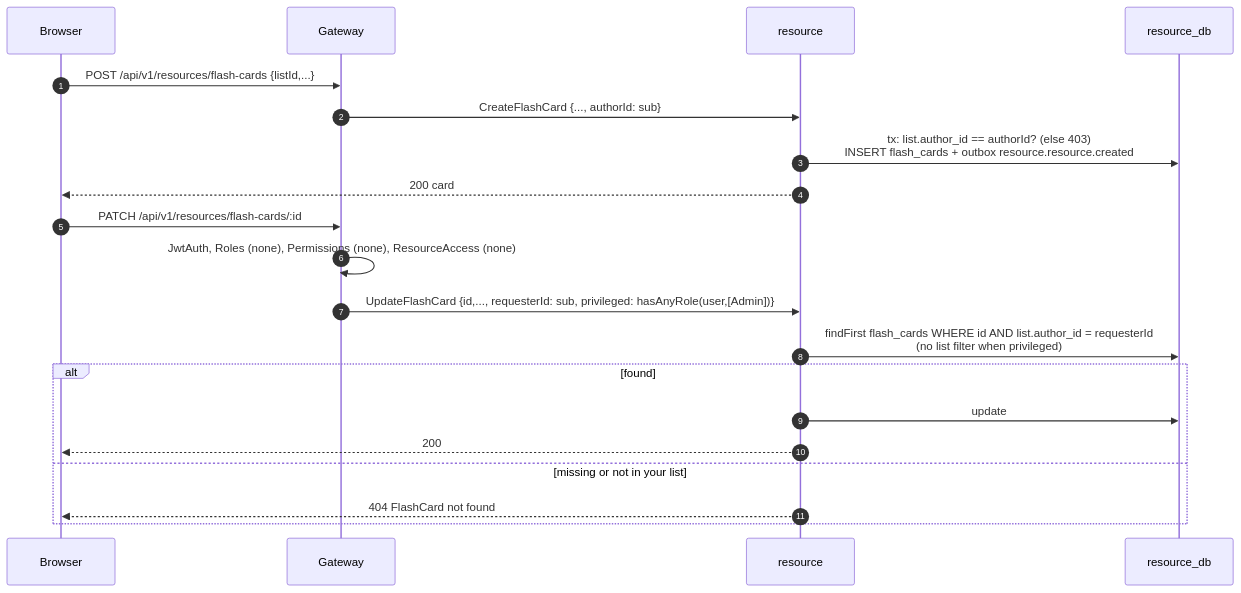
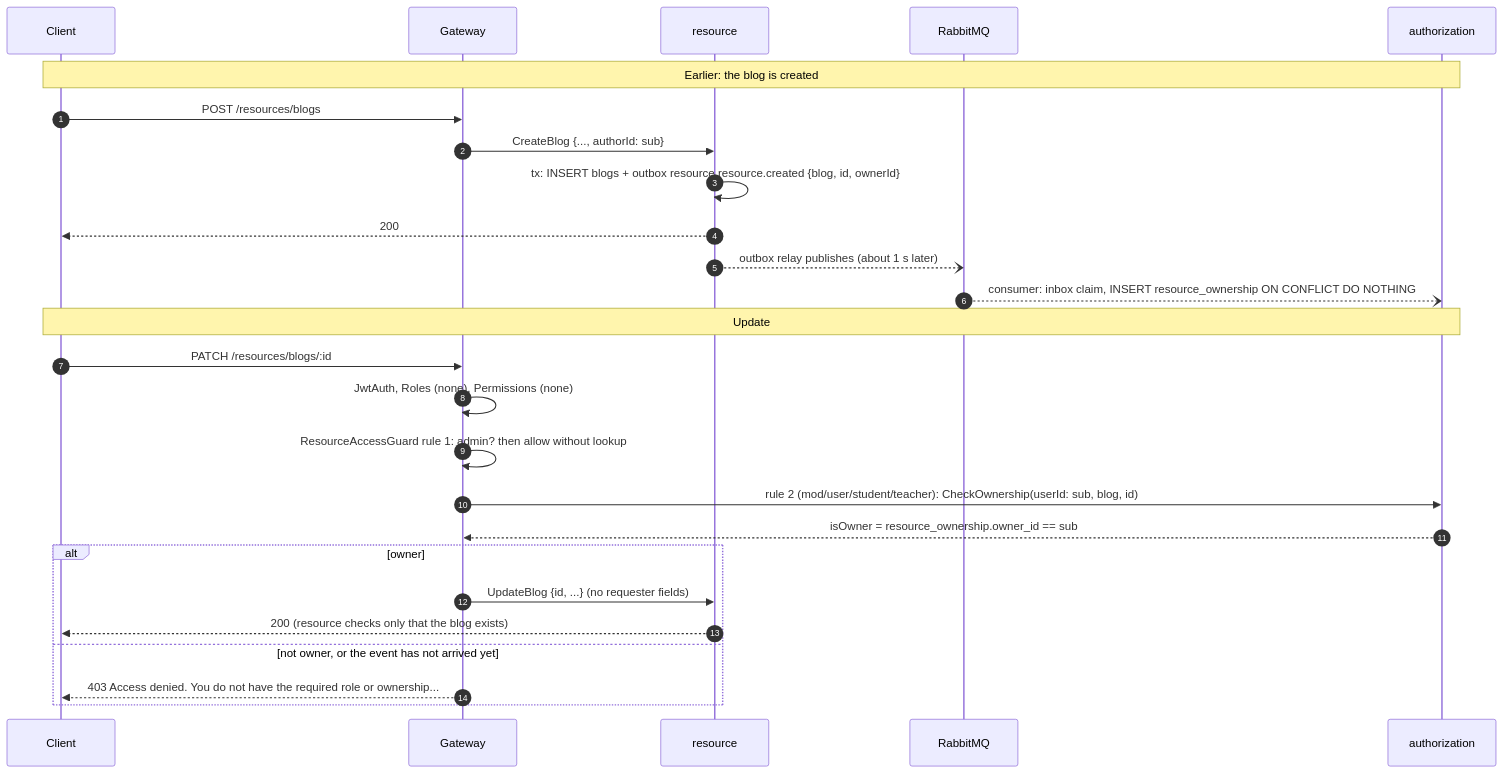
One commit to HDkit/meowlish changed the second of 4 diagrams in docs/architecture/authorization.md. Above: the diagram before and after it, drawn with Mermaid. The commit also changed other lines of this file and 44 other files, not shown here.

````diff
--- a/docs/architecture/authorization.md
+++ b/docs/architecture/authorization.md
@@ -285,24 +135,30 @@
 ```mermaid
 sequenceDiagram
   autonumber
-  participant B as Browser
+  participant C as Client
   participant G as Gateway
-  participant RS as resource
-  participant RDB as resource_db
+  participant R as resource
+  participant MQ as RabbitMQ
+  participant Z as authorization
 
-  B->>G: POST /api/v1/resources/flash-cards {listId,...}
-  G->>RS: CreateFlashCard {..., authorId: sub}
-  RS->>RDB: tx: list.author_id == authorId? (else 403)<br/>INSERT flash_cards + outbox resource.resource.created
-  RS-->>B: 200 card
+  Note over C,Z: Earlier: the blog is created
+  C->>G: POST /resources/blogs
+  G->>R: CreateBlog {..., authorId: sub}
+  R->>R: tx: INSERT blogs + outbox resource.resource.created {blog, id, ownerId}
+  R-->>C: 200
+  R--)MQ: outbox relay publishes (about 1 s later)
+  MQ--)Z: consumer: inbox claim, INSERT resource_ownership ON CONFLICT DO NOTHING
 
-  B->>G: PATCH /api/v1/resources/flash-cards/:id
-  G->>G: JwtAuth, Roles (none), Permissions (none), ResourceAccess (none)
-  G->>RS: UpdateFlashCard {id,..., requesterId: sub, privileged: hasAnyRole(user,[Admin])}
-  RS->>RDB: findFirst flash_cards WHERE id AND list.author_id = requesterId<br/>(no list filter when privileged)
-  alt found
-    RS->>RDB: update
-    RS-->>B: 200
-  else missing or not in your list
-    RS-->>B: 404 FlashCard not found
+  Note over C,Z: Update
+  C->>G: PATCH /resources/blogs/:id
+  G->>G: JwtAuth, Roles (none), Permissions (none)
+  G->>G: ResourceAccessGuard rule 1: admin? then allow without lookup
+  G->>Z: rule 2 (mod/user/student/teacher): CheckOwnership(userId: sub, blog, id)
+  Z-->>G: isOwner = resource_ownership.owner_id == sub
+  alt owner
+    G->>R: UpdateBlog {id, ...} (no requester fields)
+    R-->>C: 200 (resource checks only that the blog exists)
+  else not owner, or the event has not arrived yet
+    G-->>C: 403 Access denied. You do not have the required role or ownership...
   end
 ```
````
